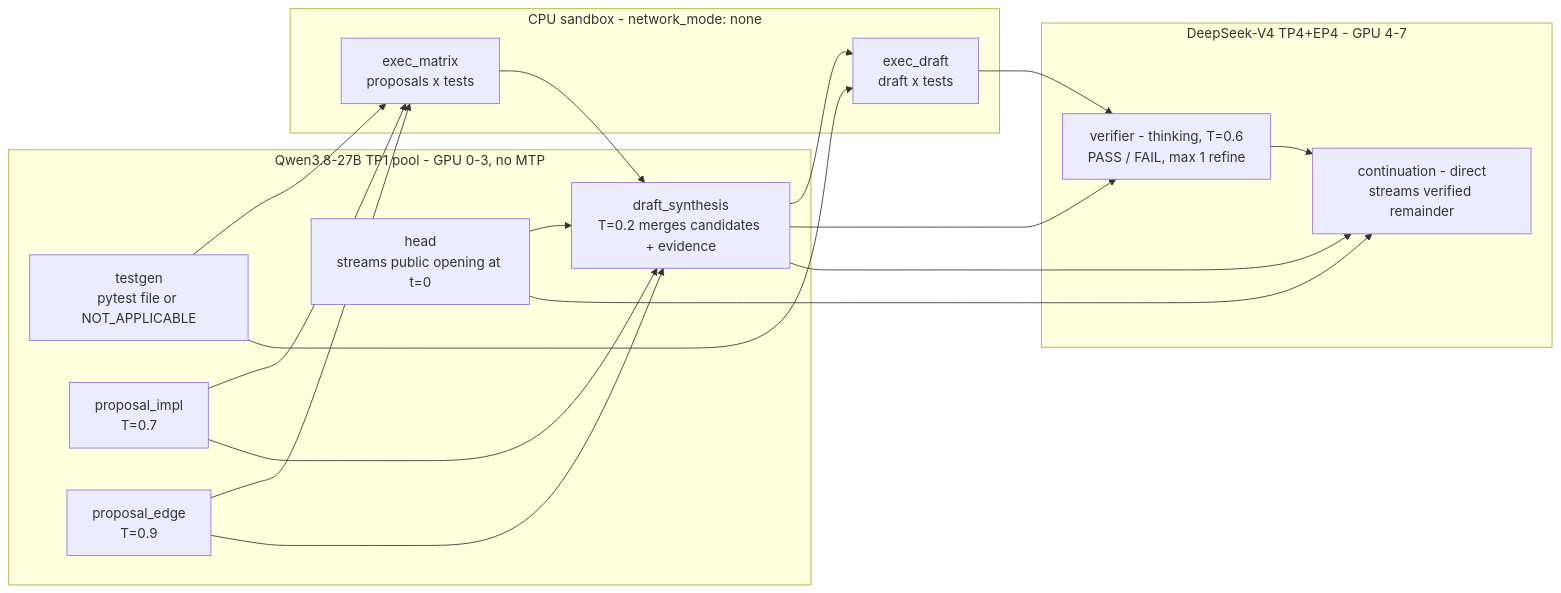
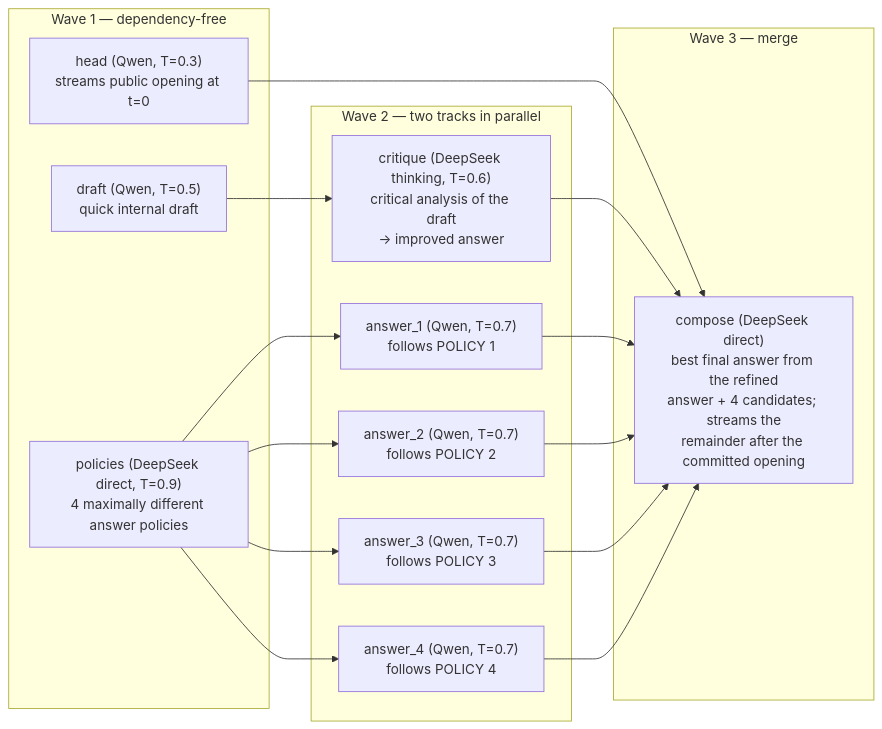
One commit to ytworks/kairyu changed the diagram in examples/qwen3.8-deepseek-v4-8gpu/README.md. Above: the diagram before and after it, drawn with Mermaid. The commit also changed other lines of this file and 10 other files, not shown here.

````diff
--- a/examples/qwen3.8-deepseek-v4-8gpu/README.md
+++ b/examples/qwen3.8-deepseek-v4-8gpu/README.md
@@ -77,32 +36,29 @@
 ```mermaid
 flowchart LR
-    subgraph Q["Qwen3.8-27B TP1 pool - GPU 0-3, no MTP"]
-        H["head<br/>streams public opening at t=0"]
-        T["testgen<br/>pytest file or NOT_APPLICABLE"]
-        P1["proposal_impl<br/>T=0.7"]
-        P2["proposal_edge<br/>T=0.9"]
-        S["draft_synthesis<br/>T=0.2 merges candidates + evidence"]
+    subgraph W1["Wave 1 — dependency-free"]
+        H["head (Qwen, T=0.3)<br/>streams public opening at t=0"]
+        DR["draft (Qwen, T=0.5)<br/>quick internal draft"]
+        PO["policies (DeepSeek direct, T=0.9)<br/>4 maximally different answer policies"]
     end
-    subgraph X["CPU sandbox - network_mode: none"]
-        E1["exec_matrix<br/>proposals x tests"]
-        E2["exec_draft<br/>draft x tests"]
+    subgraph W2["Wave 2 — two tracks in parallel"]
+        A1["answer_1 (Qwen, T=0.7)<br/>follows POLICY 1"]
+        A2["answer_2 (Qwen, T=0.7)<br/>follows POLICY 2"]
+        A3["answer_3 (Qwen, T=0.7)<br/>follows POLICY 3"]
+        A4["answer_4 (Qwen, T=0.7)<br/>follows POLICY 4"]
+        CR["critique (DeepSeek thinking, T=0.6)<br/>critical analysis of the draft<br/>-> improved answer"]
     end
-    subgraph D["DeepSeek-V4 TP4+EP4 - GPU 4-7"]
-        V["verifier - thinking, T=0.6<br/>PASS / FAIL, max 1 refine"]
-        C["continuation - direct<br/>streams verified remainder"]
+    subgraph W3["Wave 3 — merge"]
+        CO["compose (DeepSeek direct)<br/>best final answer from the refined<br/>answer + 4 candidates; streams the<br/>remainder after the committed opening"]
     end
-    T --> E1
-    P1 --> E1
-    P2 --> E1
-    H --> S
-    P1 --> S
-    P2 --> S
-    E1 --> S
-    S --> E2
-    T --> E2
-    S --> V
-    E2 --> V
-    V --> C
-    H --> C
-    S --> C
+    PO --> A1
+    PO --> A2
+    PO --> A3
+    PO --> A4
+    DR --> CR
+    H --> CO
+    CR --> CO
+    A1 --> CO
+    A2 --> CO
+    A3 --> CO
+    A4 --> CO
 ```
````
